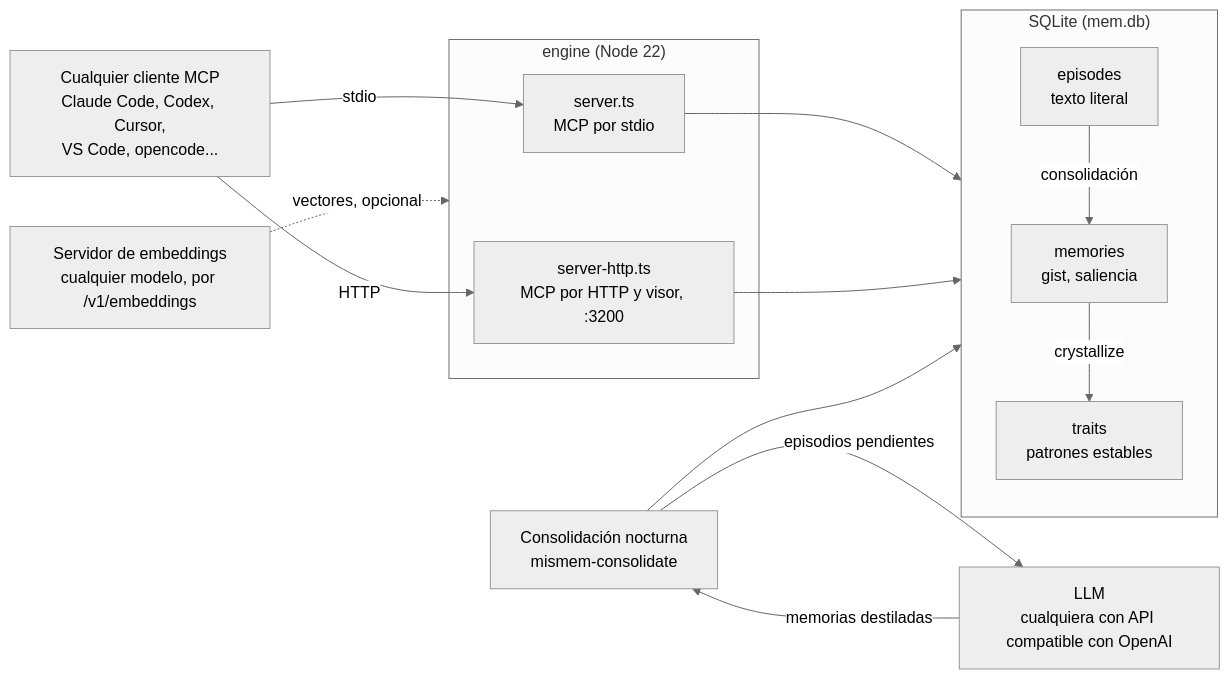
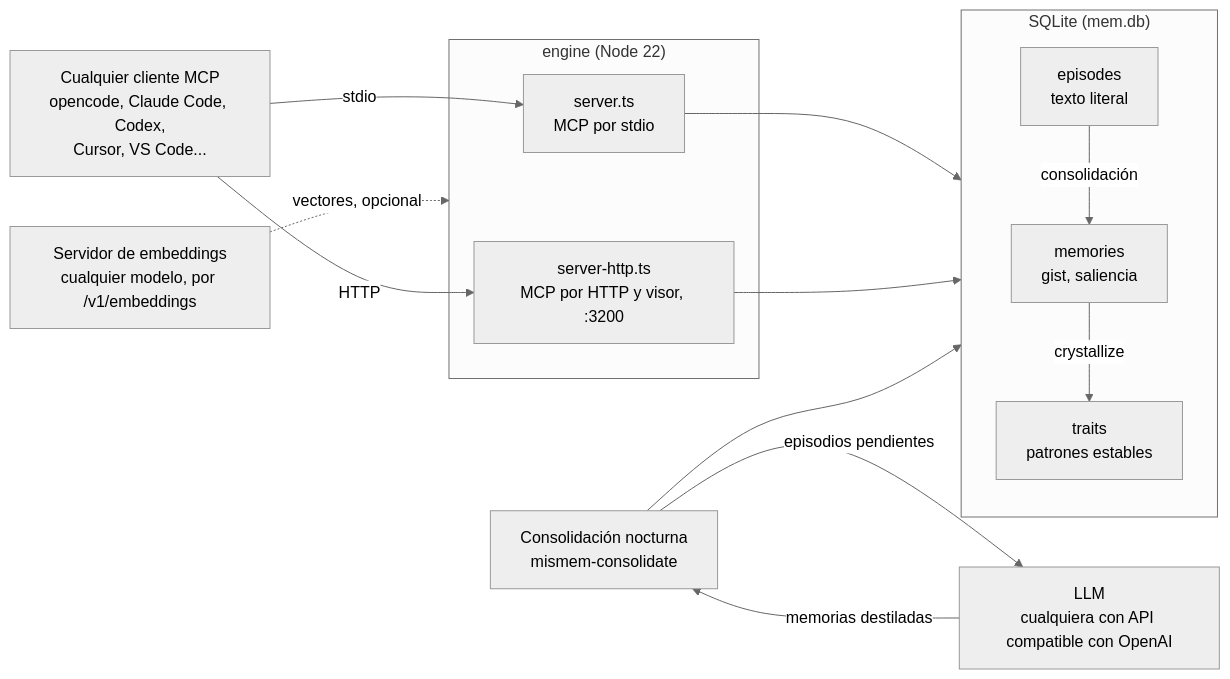
The diagram in README.md (lucasmella-stack/misMEM), drawn with Mermaid (neutral theme) before and after one commit. The commit also changed other lines of this file and 1 other file, not shown here.

Commit message:
docs(readme): lead the client examples with opencode

````diff
--- a/README.md
+++ b/README.md
@@ -33,26 +33,26 @@
 ```mermaid
 flowchart LR
-    C["Cualquier cliente MCP<br/>Claude Code, Codex, Cursor,<br/>VS Code, opencode..."]
+    C["Cualquier cliente MCP<br/>opencode, Claude Code, Codex,<br/>Cursor, VS Code..."]
 
     subgraph E["engine (Node 22)"]
         S["server.ts<br/>MCP por stdio"]
         H["server-http.ts<br/>MCP por HTTP y visor, :3200"]
     end
 
     subgraph D["SQLite (mem.db)"]
         EP["episodes<br/>texto literal"] -->|consolidación| ME["memories<br/>gist, saliencia"] -->|crystallize| TR["traits<br/>patrones estables"]
     end
 
     N["Consolidación nocturna<br/>mismem-consolidate"]
     L["LLM<br/>cualquiera con API compatible con OpenAI"]
     V["Servidor de embeddings<br/>cualquier modelo, por /v1/embeddings"]
 
     C -->|stdio| S
     C -->|HTTP| H
     S --> D
     H --> D
     N -->|episodios pendientes| L
     L -->|memorias destiladas| N
     N --> D
     V -.->|vectores, opcional| E
 ```
````
